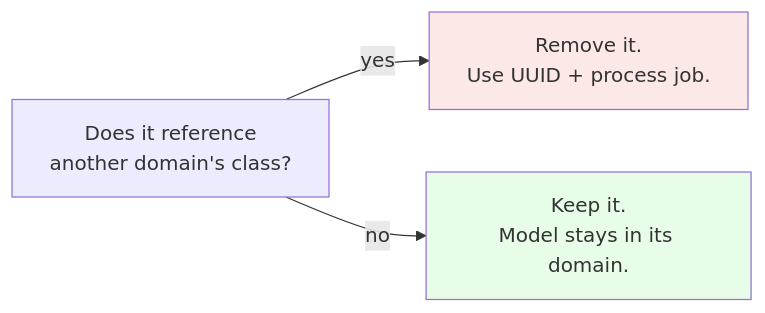
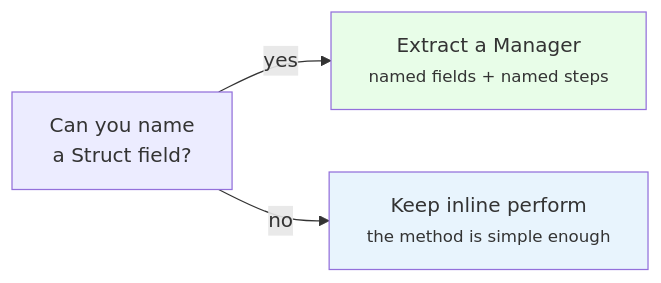
The first of 2 diagrams in README.md (railswhey/app), drawn with Mermaid before and after one commit. The commit also changed other lines of this file and 3 other files, not shown here.

Commit message:
7B: Extracting process managers from anemic job methods

````diff
--- a/README.md
+++ b/README.md
@@ -56,9 +50,9 @@
 ```mermaid
 flowchart LR
-  B["Does it reference<br/>another domain's class?"]
-  B -->|"yes"| R["Remove it.<br/>Use UUID + process job."]
-  B -->|"no"| K["Keep it.<br/>Model stays in its domain."]
+  B["Can you name<br/>a Struct field?"]
+  B -->|"yes"| M["Extract a Manager<br/><small>named fields + named steps</small>"]
+  B -->|"no"| K["Keep inline perform<br/><small>the method is simple enough</small>"]
 
-  style R fill:#fde8e8
-  style K fill:#e8fde8
+  style M fill:#e8fde8
+  style K fill:#e8f4fd
 ```
````
